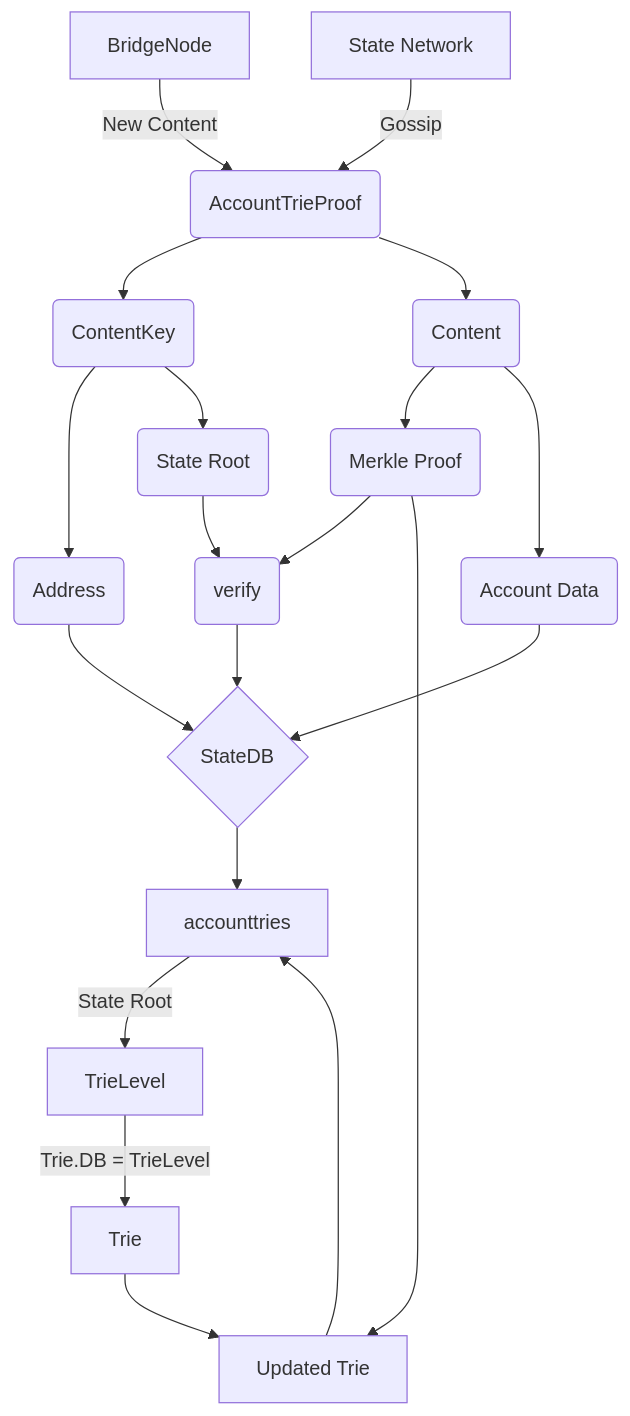
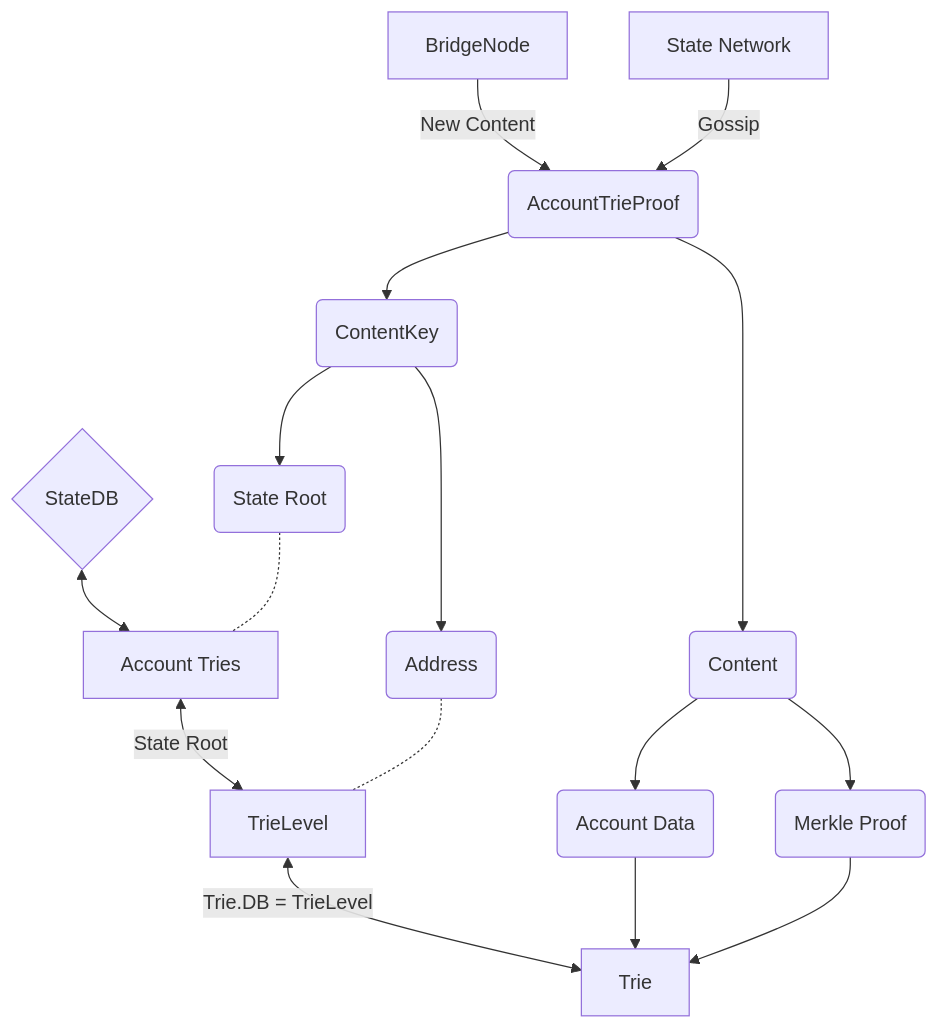
One commit to ethereumjs/ultralight changed the second of 4 diagrams in packages/portalnetwork/diagrams/STATE_DB.md. Above: the diagram before and after it, drawn with Mermaid. The commit also changed other lines of this file, not shown here.

Commit message:
update diagram

````diff
--- a/packages/portalnetwork/diagrams/STATE_DB.md
+++ b/packages/portalnetwork/diagrams/STATE_DB.md
@@ -52,29 +52,25 @@
 ```mermaid
 flowchart TD
     Bridge[BridgeNode]
     Network[State Network]
     StateDB{StateDB}
     ACC(Account Data)
     PROOF(Merkle Proof)
-    VALID(verify)
     ATP(AccountTrieProof)
     Bridge -->|New Content| ATP
     Network -->|Gossip| ATP
     ATP --> KEY(ContentKey)
     ATP --> CON(Content)
+    KEY --> ROOT(State Root)
     KEY --> ADD(Address)
-    KEY --> ROOT(State Root)
-    ADD --> StateDB
-    ROOT --> VALID
-    PROOF --> VALID
     CON --> PROOF
     CON --> ACC
-    VALID --> StateDB
-    ACC --> StateDB
-    StateDB --> Subs[accounttries]
-    Subs --> |State Root| Sub[TrieLevel]
-    Sub --> |Trie.DB = TrieLevel| Trie[Trie]
-    Trie --> FROM[Updated Trie]
-    PROOF --> FROM
-    FROM --> Subs
+    PROOF
+    StateDB <--> Subs[Account Tries]
+    Subs <--> |State Root| Sub[TrieLevel]
+    Sub <--> |Trie.DB = TrieLevel| Trie[Trie]
+    ACC --> Trie
+    PROOF --> Trie
+    ROOT -.- Subs
+    ADD -.- Sub
 ```
````
